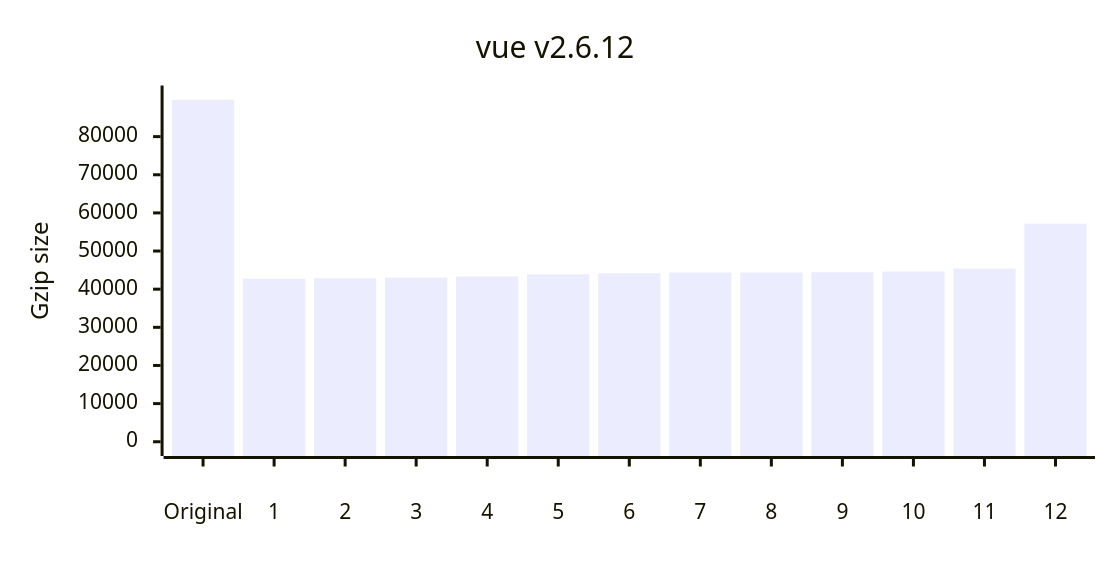
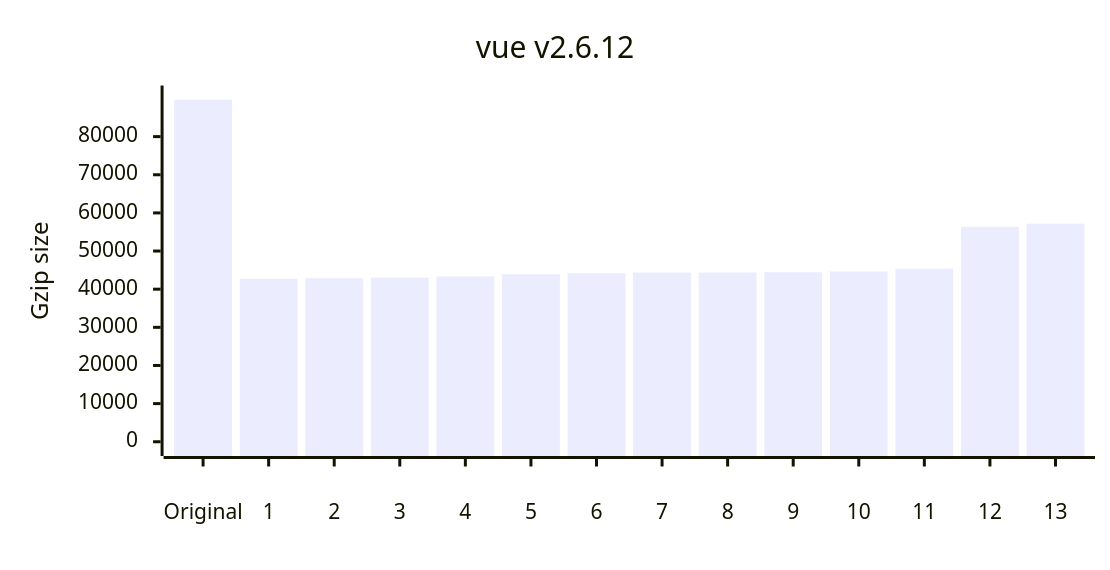
Before and after one commit to privatenumber/minification-benchmarks: the fourth of 12 diagrams in README.md, drawn with Mermaid. The commit also changed other lines of this file and 1 other file, not shown here.

````diff
--- a/README.md
+++ b/README.md
@@ -197,17 +201,17 @@
 ```mermaid
 ---
 config:
     xyChart:
         width: 720
         height: 360
         xAxis:
             labelPadding: 20
         yAxis:
             labelPadding: 10
 ---
 xychart-beta
 	title "vue v2.6.12"
-	x-axis ["Original",1,2,3,4,5,6,7,8,9,10,11,12]
+	x-axis ["Original",1,2,3,4,5,6,7,8,9,10,11,12,13]
 	y-axis "Gzip size" 0 --> 89668
-	bar [89668,42730,42870,43036,43343,43925,44184,44358,44368,44450,44636,45400,57169]
+	bar [89668,42730,42870,43036,43343,43925,44184,44358,44368,44450,44636,45400,56356,57169]
 ```
````
